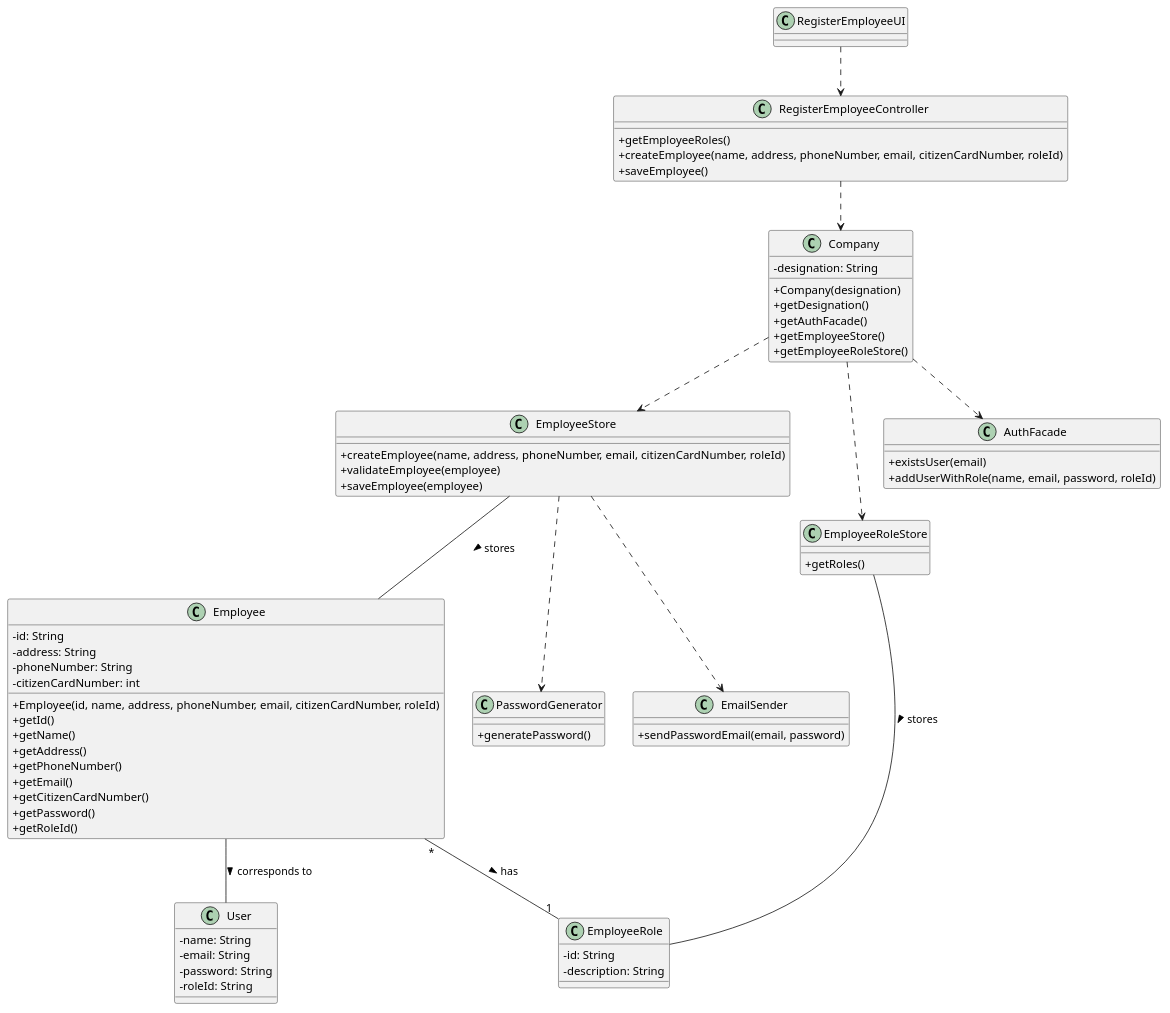
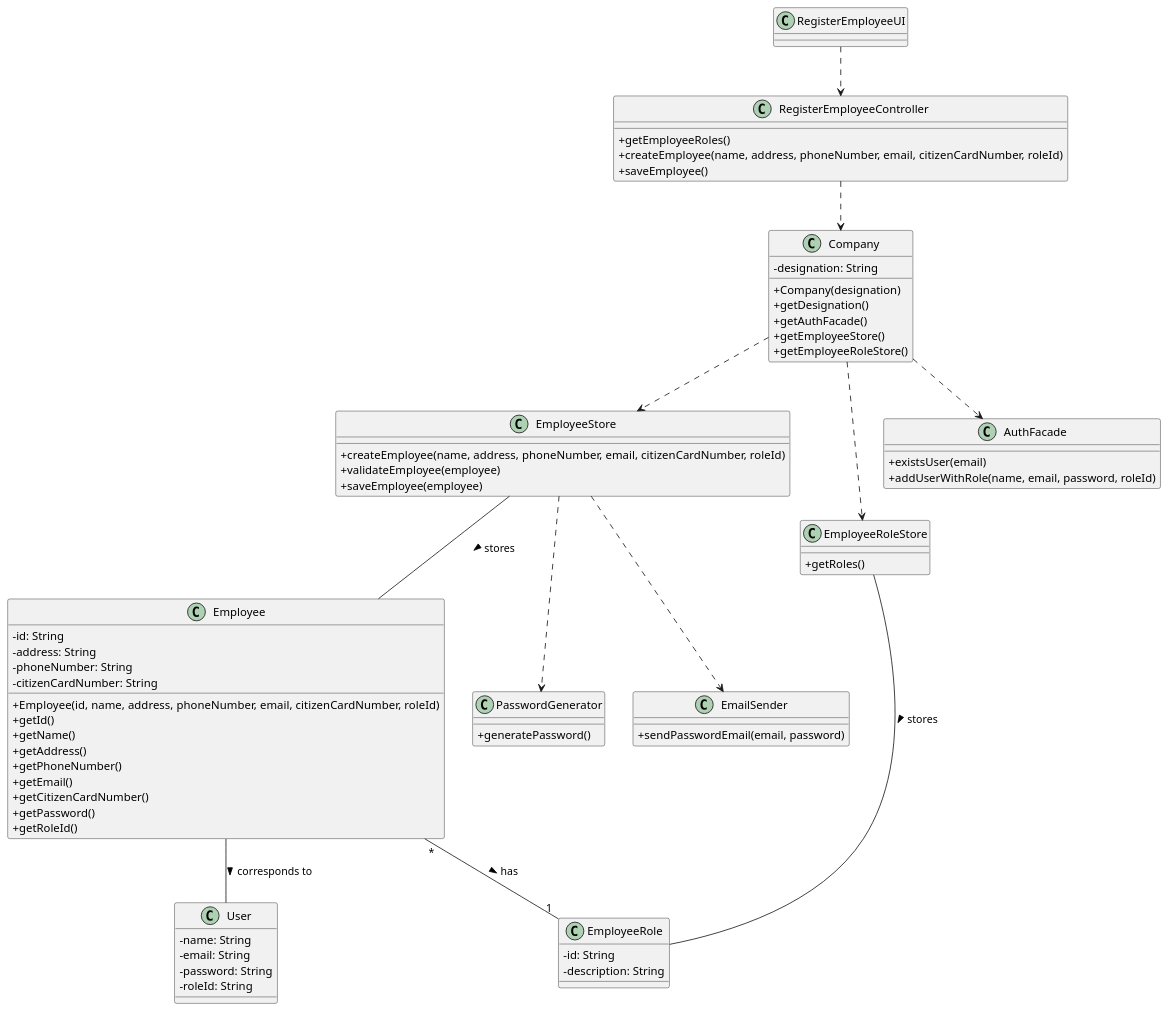
The diagram in docs/SprintB/US10/CD/US10_CD.puml (miseEnPlace-i/lapr2), drawn with PlantUML before and after one commit.

Commit message:
feat(us-10): CD - updated CCNumber type

```diff
--- a/docs/SprintB/US10/CD/US10_CD.puml
+++ b/docs/SprintB/US10/CD/US10_CD.puml
@@ -1,94 +1,94 @@
 @startuml US10_CD
 skinparam classAttributeIconSize 0
 
 class RegisterEmployeeUI {
 }
 
 class RegisterEmployeeController {
   +getEmployeeRoles()
   +createEmployee(name, address, phoneNumber, email, citizenCardNumber, roleId)
   +saveEmployee()
 }
 
 class Company {
   -designation: String
   +Company(designation)
   +getDesignation()
   +getAuthFacade()
   +getEmployeeStore()
   +getEmployeeRoleStore()
 }
 
 class EmployeeStore {
   +createEmployee(name, address, phoneNumber, email, citizenCardNumber, roleId)
   +validateEmployee(employee)
   +saveEmployee(employee)
 }
 
 class Employee {
   -id: String
   -address: String
   -phoneNumber: String
-  -citizenCardNumber: int
+  -citizenCardNumber: String
   +Employee(id, name, address, phoneNumber, email, citizenCardNumber, roleId)
   +getId()
   +getName()
   +getAddress()
   +getPhoneNumber()
   +getEmail()
   +getCitizenCardNumber()
   +getPassword()
   +getRoleId()
 }
 
 class EmployeeRoleStore {
   +getRoles()
 }
 
 class AuthFacade {
   +existsUser(email)
   +addUserWithRole(name, email, password, roleId)
 }
 
 class PasswordGenerator {
   +generatePassword()
 }
 
 class EmailSender {
   +sendPasswordEmail(email, password)
 }
 
 class User {
   -name: String
   -email: String
   -password: String
   -roleId: String
 }
 
 class EmployeeRole {
   -id: String
   -description: String
 }
 
 RegisterEmployeeUI ..> RegisterEmployeeController
 
 ' RegisterEmployeeController ..> EmployeeStore
 RegisterEmployeeController ..> Company
 ' RegisterEmployeeController ..> AuthFacade
 ' RegisterEmployeeController ..> EmployeeRoleStore
 
 ' EmployeeStore ..> AuthFacade
 EmployeeStore ..> PasswordGenerator
 EmployeeStore ..> EmailSender
 EmployeeStore -- Employee : stores >
 
 Company ..> AuthFacade
 Company ..> EmployeeStore
 Company ..> EmployeeRoleStore
 
 Employee -- User : corresponds to >
 Employee "*" -- "1" EmployeeRole : has >
 
 EmployeeRoleStore -- EmployeeRole : stores >
 
 @enduml
```
